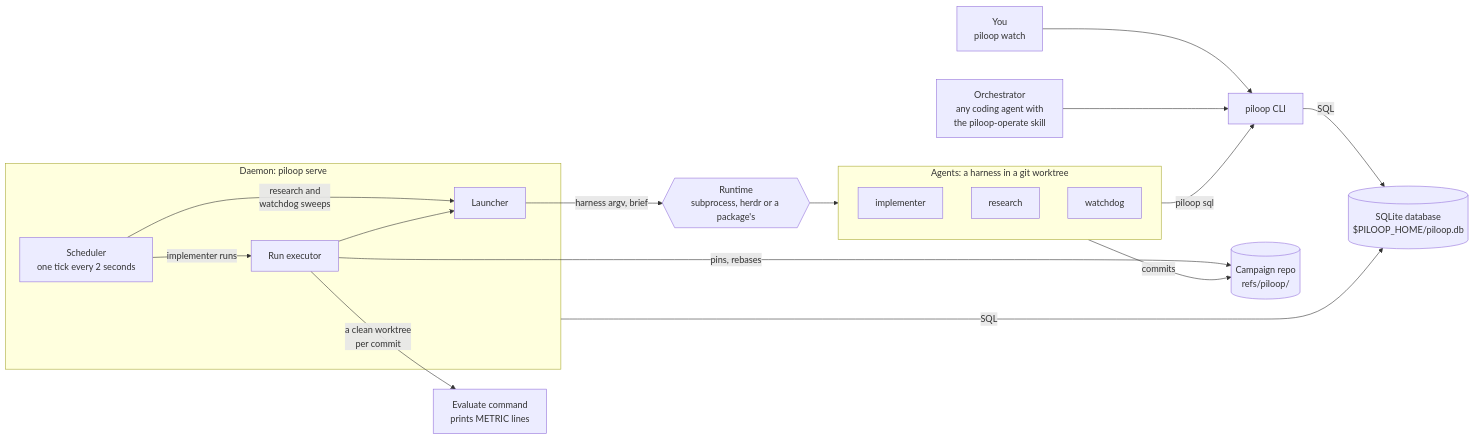
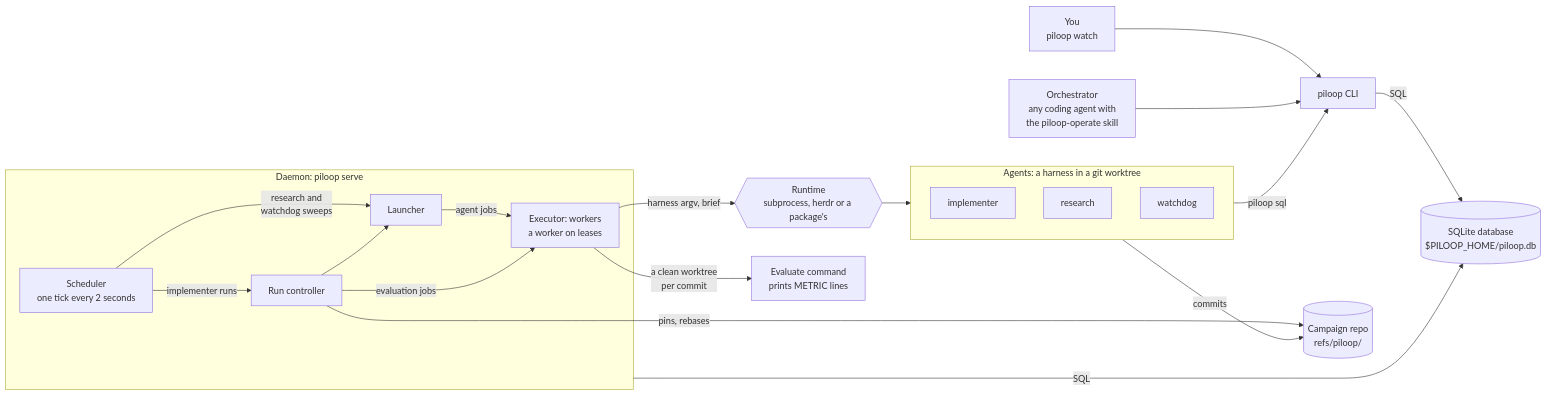
The second of 2 diagrams in docs/architecture/overview.mdx (VatsaDev/piloop), drawn with Mermaid before and after one commit. The commit also changed other lines of this file and 91 other files, not shown here.

First line of the commit message:
feat: dispatch is the executor capability; leases are a library that executors use, and workers is the built-in executor (#147)

````diff
--- a/docs/architecture/overview.mdx
+++ b/docs/architecture/overview.mdx
@@ -64,34 +64,37 @@
 ```mermaid
 flowchart LR
     human["You<br/>piloop watch"]
     orch["Orchestrator<br/>any coding agent with<br/>the piloop-operate skill"]
     cli["piloop CLI"]
     db[("SQLite database<br/>$PILOOP_HOME/piloop.db")]
     subgraph daemon["Daemon: piloop serve"]
         scheduler["Scheduler<br/>one tick every 2 seconds"]
-        executor["Run executor"]
+        controller["Run controller"]
         launcher["Launcher"]
+        worker["Executor: workers<br/>a worker on leases"]
     end
     runtime{{"Runtime<br/>subprocess, herdr or a package's"}}
     subgraph agents["Agents: a harness in a git worktree"]
         implementer["implementer"]
         research["research"]
         watchdog["watchdog"]
     end
     evaluate["Evaluate command<br/>prints METRIC lines"]
     repo[("Campaign repo<br/>refs/piloop/")]
 
     human --> cli
     orch --> cli
     cli -->|SQL| db
     daemon -->|SQL| db
-    scheduler -->|implementer runs| executor
+    scheduler -->|implementer runs| controller
     scheduler -->|research and<br/>watchdog sweeps| launcher
-    executor --> launcher
-    launcher -->|harness argv, brief| runtime
+    controller --> launcher
+    launcher -->|agent jobs| worker
+    controller -->|evaluation jobs| worker
+    worker -->|harness argv, brief| runtime
     runtime --> agents
     agents -->|piloop sql| cli
     agents -->|commits| repo
-    executor -->|a clean worktree<br/>per commit| evaluate
-    executor -->|pins, rebases| repo
+    worker -->|a clean worktree<br/>per commit| evaluate
+    controller -->|pins, rebases| repo
 ```
````
